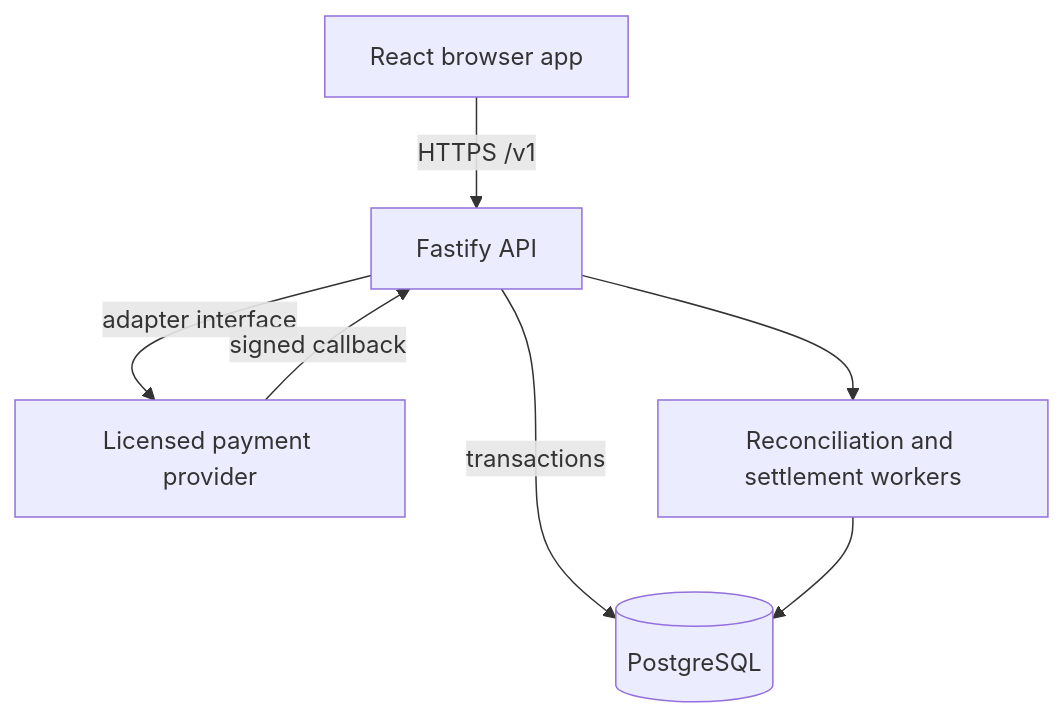
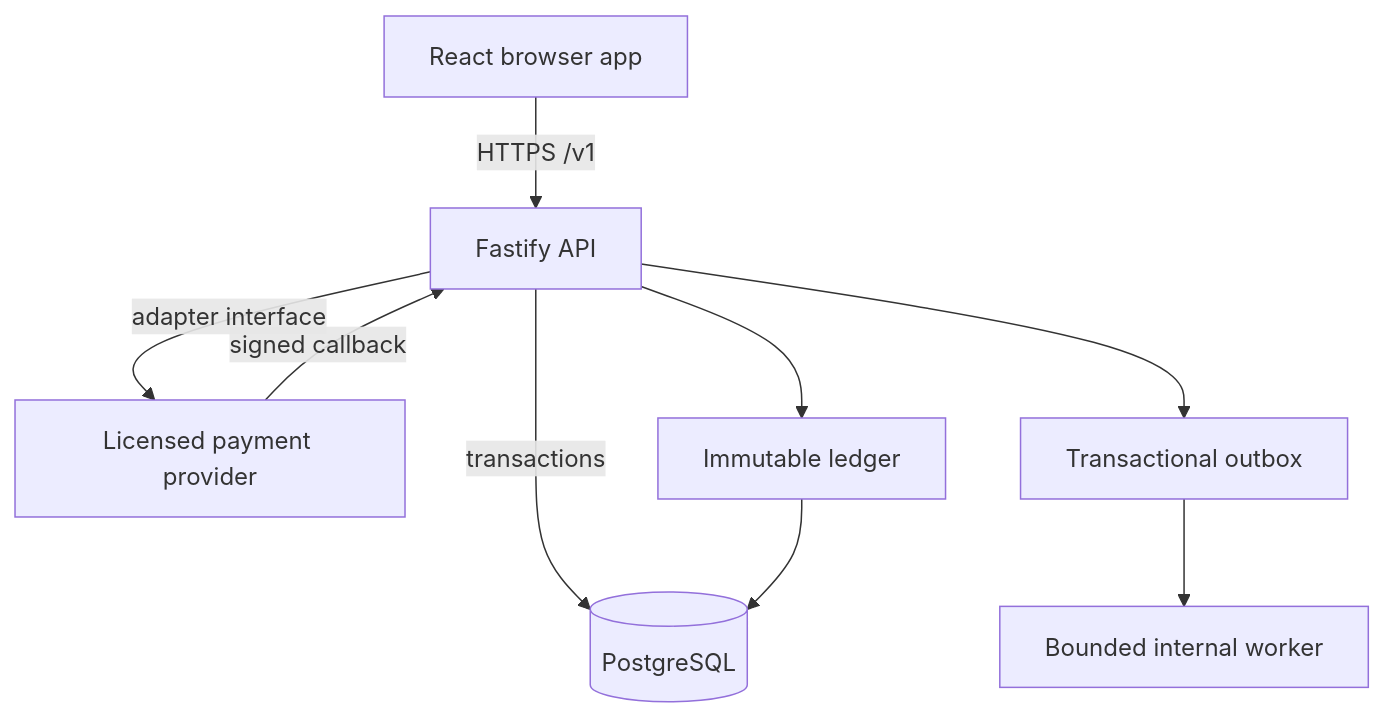
Before and after one commit to Truman01-web/GiantPay: the first of 2 diagrams in server/architecture.md, drawn with Mermaid. The commit also changed other lines of this file and 15 other files, not shown here.

````diff
--- a/server/architecture.md
+++ b/server/architecture.md
@@ -7,9 +7,11 @@
 ```mermaid
 flowchart TD
   Browser[React browser app] -->|HTTPS /v1| API[Fastify API]
   API -->|transactions| DB[(PostgreSQL)]
   API -->|adapter interface| Provider[Licensed payment provider]
   Provider -->|signed callback| API
-  API --> Workers[Reconciliation and settlement workers]
-  Workers --> DB
+  API --> Ledger[Immutable ledger]
+  Ledger --> DB
+  API --> Outbox[Transactional outbox]
+  Outbox --> Worker[Bounded internal worker]
 ```
````
